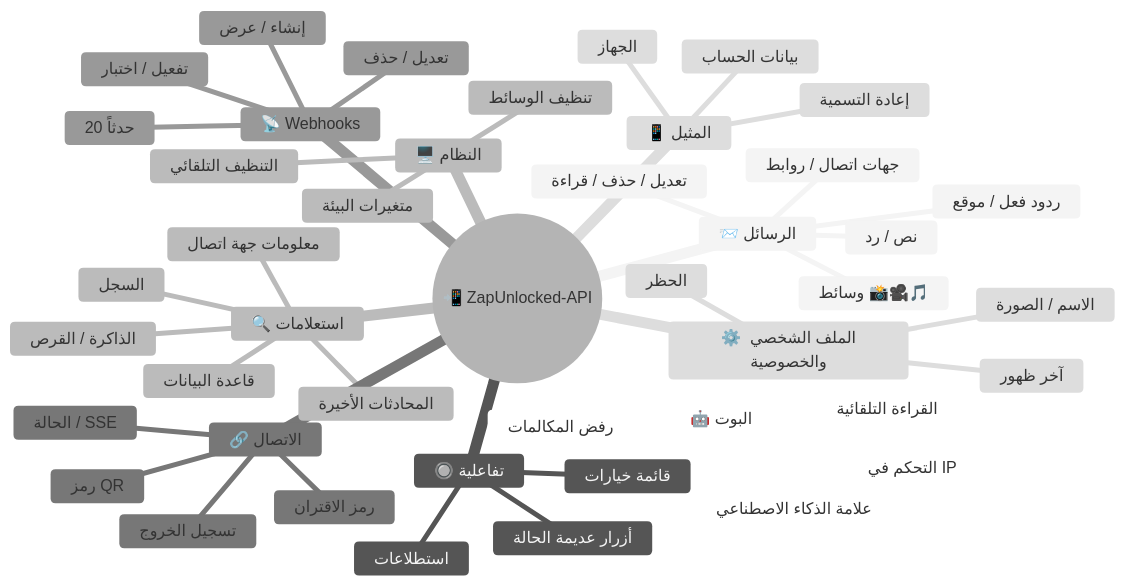
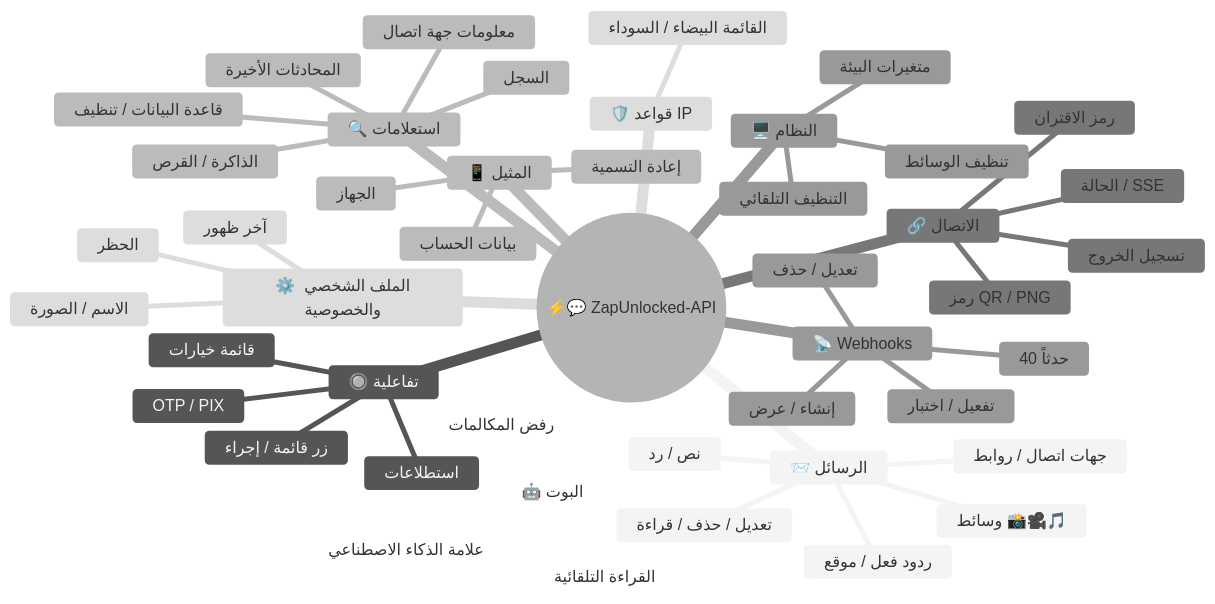
Before and after one commit to kauafpssx/ZapUnlocked-API: the first of 2 diagrams in docs/translations/ar.md, drawn with Mermaid (neutral theme). The commit also changed other lines of this file and 23 other files, not shown here.

````diff
--- a/docs/translations/ar.md
+++ b/docs/translations/ar.md
@@ -52,47 +55,49 @@
 ```mermaid
 mindmap
-  root((📲 ZapUnlocked-API))
+  root((⚡💬 ZapUnlocked-API))
     📨 الرسائل
       نص / رد
       وسائط 📸🎥🎵
       ردود فعل / موقع
       جهات اتصال / روابط
       تعديل / حذف / قراءة
     🔘 تفاعلية
-      أزرار عديمة الحالة
+      زر قائمة / إجراء
+      OTP / PIX
       قائمة خيارات
       استطلاعات
     🔍 استعلامات
       معلومات جهة اتصال
       السجل
       المحادثات الأخيرة
       الذاكرة / القرص
-      قاعدة البيانات
+      قاعدة البيانات / تنظيف
     🔗 الاتصال
       الحالة / SSE
-      رمز QR
+      رمز QR / PNG
       رمز الاقتران
       تسجيل الخروج
     📡 Webhooks
-      إنشاء / عرض
-      تعديل / حذف
-      تفعيل / اختبار
-      20 حدثاً
+       إنشاء / عرض
+       تعديل / حذف
+       تفعيل / اختبار
+       40 حدثاً
     ⚙️ الملف الشخصي والخصوصية
       الاسم / الصورة
       آخر ظهور
       الحظر
     🤖 البوت
       علامة الذكاء الاصطناعي
-      التحكم في IP
       رفض المكالمات
       القراءة التلقائية
+    🛡️ قواعد IP
+      القائمة البيضاء / السوداء
     📱 المثيل
       بيانات الحساب
       الجهاز
       إعادة التسمية
     🖥️ النظام
       متغيرات البيئة
       تنظيف الوسائط
       التنظيف التلقائي
 ```
````
